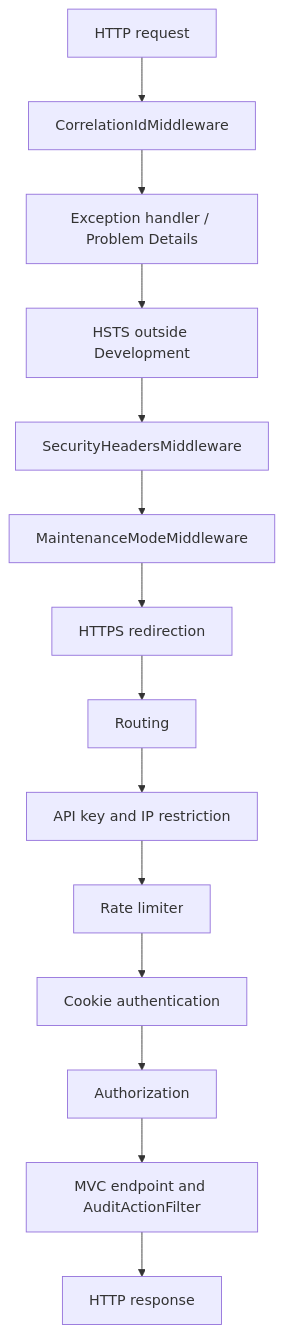
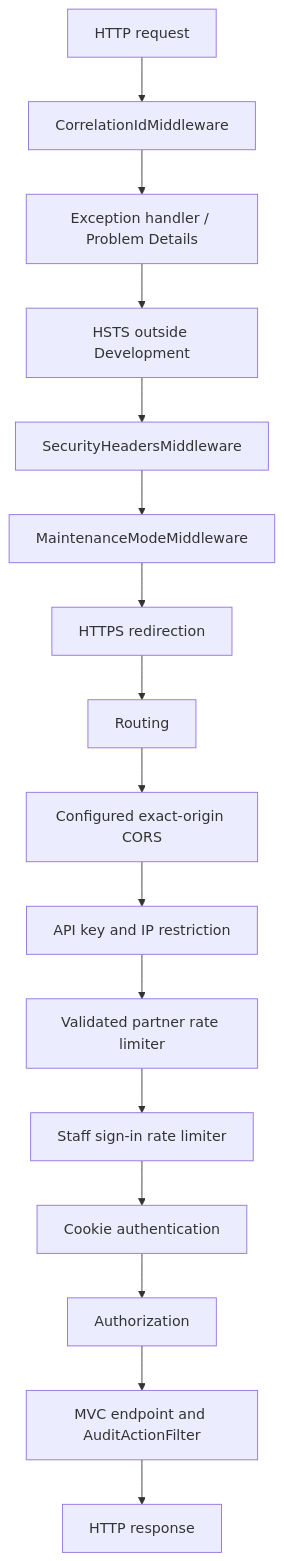
The second of 2 diagrams in docs/architecture.md (SP-Tiwari/ApexPost-Counter-Platform), drawn with Mermaid before and after one commit. The commit also changed other lines of this file and 6 other files, not shown here.

````diff
--- a/docs/architecture.md
+++ b/docs/architecture.md
@@ -22,16 +22,18 @@
 ```mermaid
 flowchart TD
     Request[HTTP request] --> Correlation[CorrelationIdMiddleware]
     Correlation --> Exceptions[Exception handler / Problem Details]
     Exceptions --> HSTS[HSTS outside Development]
     HSTS --> Headers[SecurityHeadersMiddleware]
     Headers --> Maintenance[MaintenanceModeMiddleware]
     Maintenance --> HTTPS[HTTPS redirection]
     HTTPS --> Routing[Routing]
-    Routing --> Partner[API key and IP restriction]
-    Partner --> Rate[Rate limiter]
+    Routing --> CORS[Configured exact-origin CORS]
+    CORS --> Partner[API key and IP restriction]
+    Partner --> PartnerRate[Validated partner rate limiter]
+    PartnerRate --> Rate[Staff sign-in rate limiter]
     Rate --> Authentication[Cookie authentication]
     Authentication --> Authorization[Authorization]
     Authorization --> MVC[MVC endpoint and AuditActionFilter]
     MVC --> Response[HTTP response]
 ```
````
